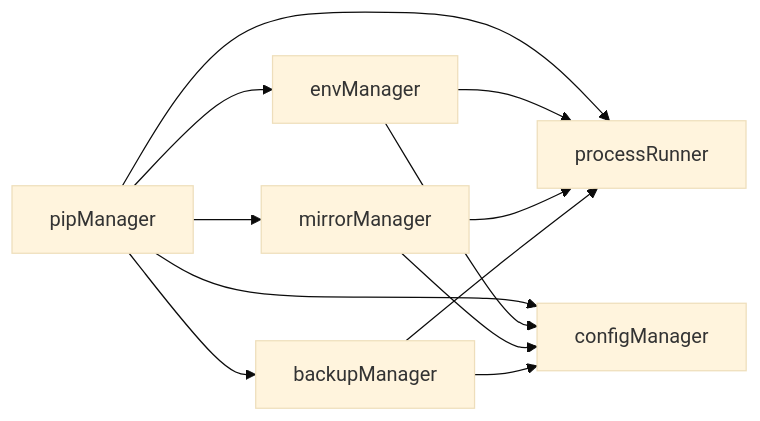
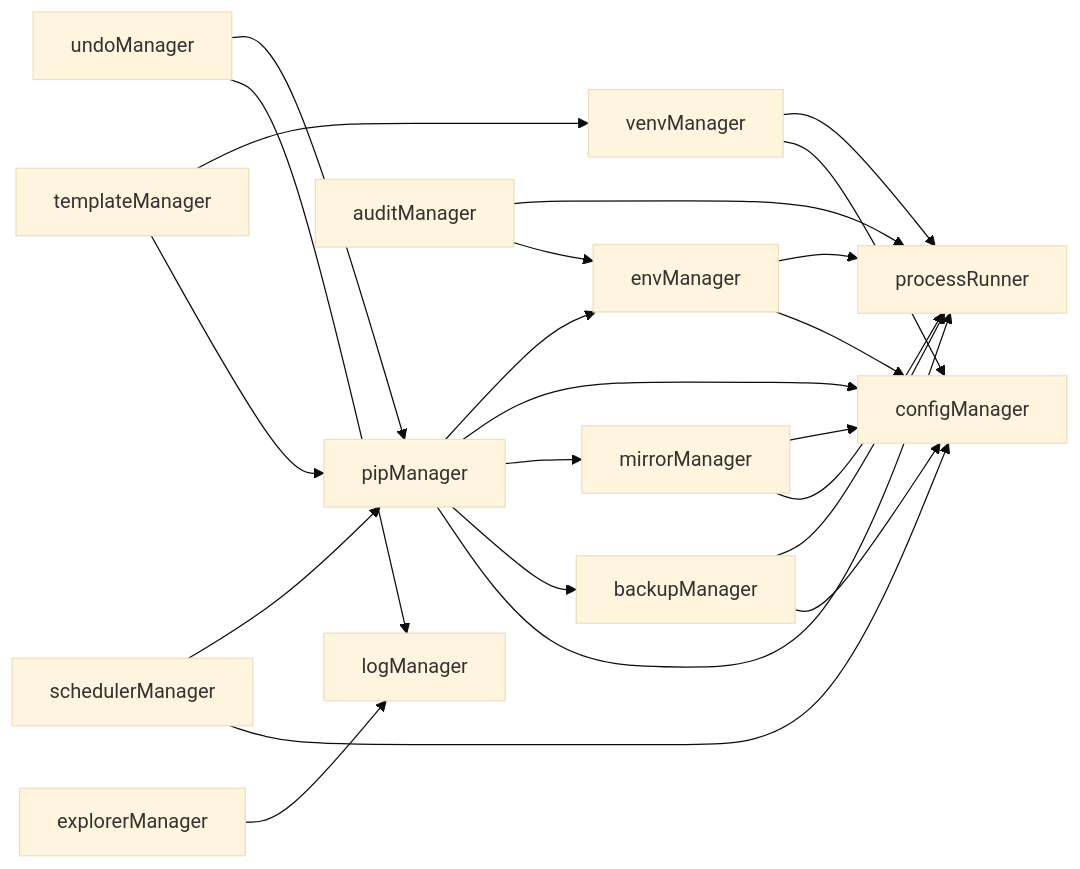
One commit to SoftheartedYYC/PyLibMaster changed the seventh of 7 diagrams in docs/zh/content/核心模块/核心模块.md. Above: the diagram before and after it, drawn with Mermaid (base theme). The commit also changed other lines of this file and 72 other files, not shown here.

````diff
--- a/docs/zh/content/核心模块/核心模块.md
+++ b/docs/zh/content/核心模块/核心模块.md
@@ -352,14 +535,25 @@
 ```mermaid
 graph LR
 PM["pipManager"] --> EM["envManager"]
 PM --> CM["configManager"]
 PM --> MM["mirrorManager"]
 PM --> BM["backupManager"]
 PM --> PR["processRunner"]
 EM --> PR
 EM --> CM
 MM --> CM
 MM --> PR
 BM --> PR
 BM --> CM
+TM["templateManager"] --> VM["venvManager"]
+TM --> PM
+AM["auditManager"] --> PR
+AM --> EM
+VM --> PR
+VM --> CM
+UM["undoManager"] --> PM
+UM --> LM["logManager"]
+SM["schedulerManager"] --> PM
+SM --> CM
+EXM["explorerManager"] --> LM
 ```
````
